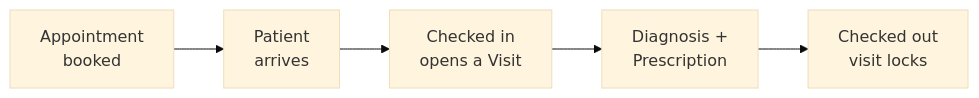
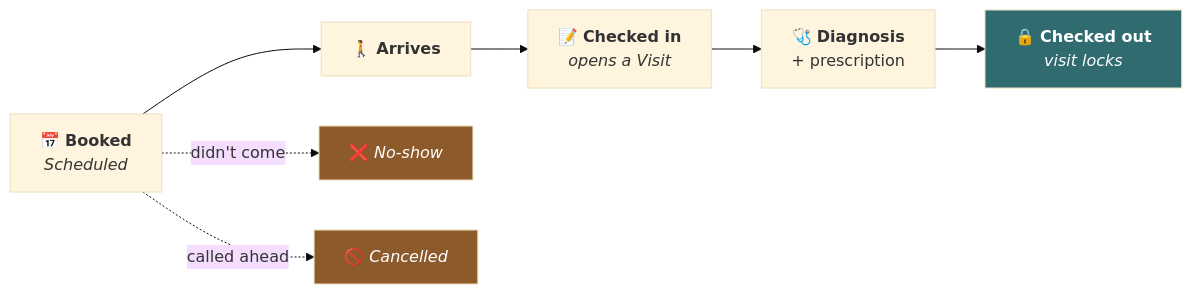
Before and after one commit to SalehAbuhussein/Clinic-Management-System: the second of 5 diagrams in README.md, drawn with Mermaid (base theme). The commit also changed other lines of this file, not shown here.

````diff
--- a/README.md
+++ b/README.md
@@ -33,7 +85,14 @@
 ```mermaid
 flowchart LR
-  A["Appointment<br/>booked"] --> B["Patient<br/>arrives"]
-  B --> C["Checked in<br/>opens a Visit"]
-  C --> D["Diagnosis +<br/>Prescription"]
-  D --> E["Checked out<br/>visit locks"]
+  A["📅 <b>Booked</b><br/><i>Scheduled</i>"] --> B["🚶 <b>Arrives</b>"]
+  B --> C["📝 <b>Checked in</b><br/><i>opens a Visit</i>"]
+  C --> D["🩺 <b>Diagnosis</b><br/>+ prescription"]
+  D --> E["🔒 <b>Checked out</b><br/><i>visit locks</i>"]
+
+  A -.->|"didn't come"| F["❌ <i>No-show</i>"]
+  A -.->|"called ahead"| G["🚫 <i>Cancelled</i>"]
+
+  style E fill:#2f6b6f,color:#fff
+  style F fill:#8c5a2b,color:#fff
+  style G fill:#8c5a2b,color:#fff
 ```
````
